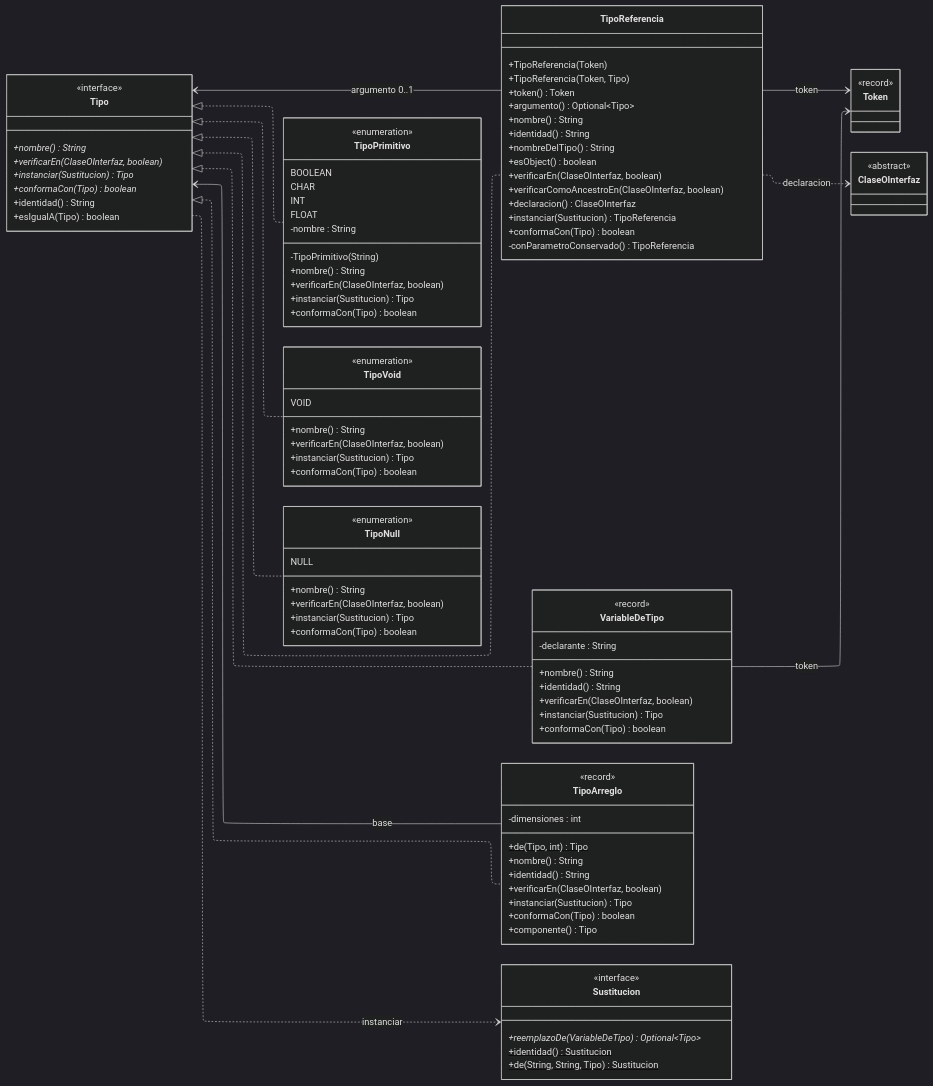
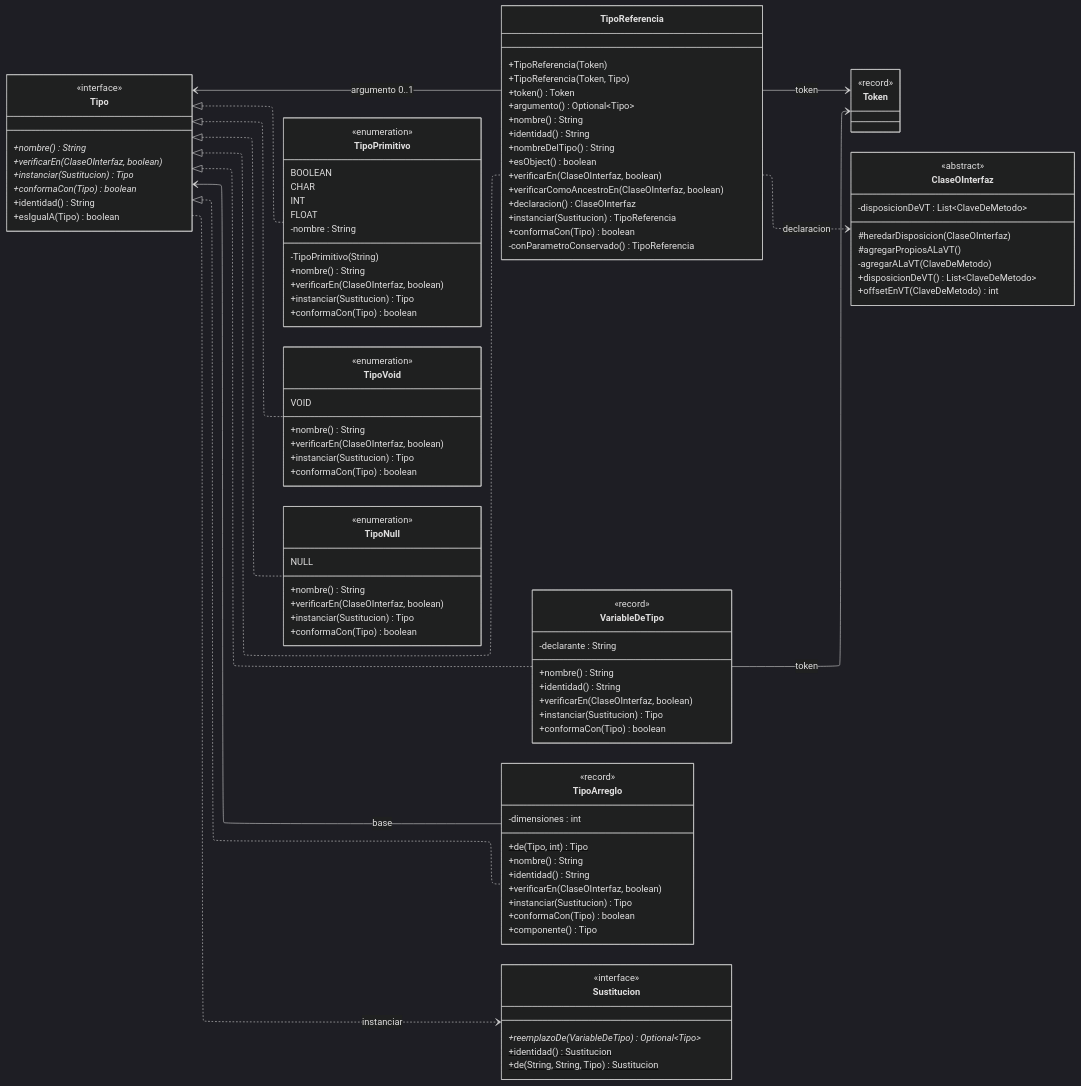
The fifth of 5 diagrams in documentacion/semantico/arquitectura-del-analizador-semantico.md (agustinpaul0/Proyecto-CEI), drawn with Mermaid (dark theme) before and after one commit. The commit also changed other lines of this file and 27 other files, not shown here.

```diff
--- a/documentacion/semantico/arquitectura-del-analizador-semantico.md
+++ b/documentacion/semantico/arquitectura-del-analizador-semantico.md
@@ -452,6 +493,12 @@
     }
     class ClaseOInterfaz {
         <<abstract>>
+        -disposicionDeVT : List~ClaveDeMetodo~
+        #heredarDisposicion(ClaseOInterfaz)
+        #agregarPropiosALaVT()
+        -agregarALaVT(ClaveDeMetodo)
+        +disposicionDeVT() List~ClaveDeMetodo~
+        +offsetEnVT(ClaveDeMetodo) int
     }
     Tipo <|.. TipoPrimitivo
     Tipo <|.. TipoVoid
```
